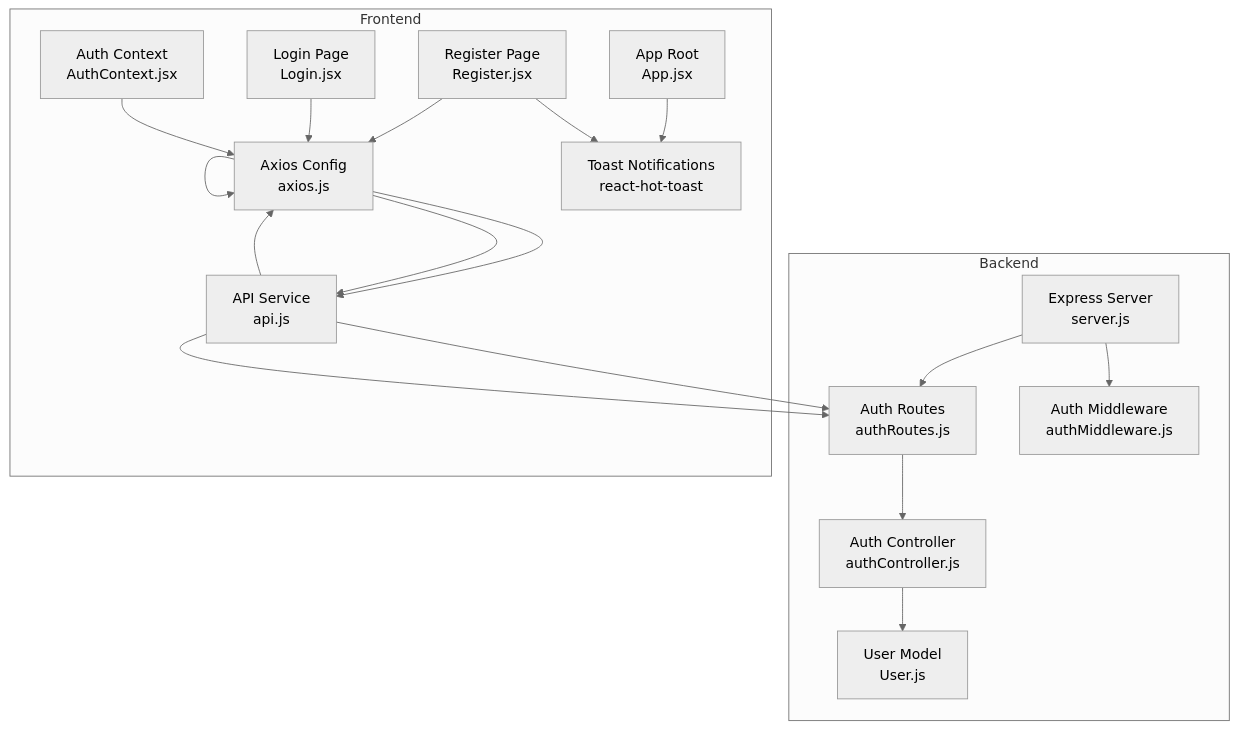
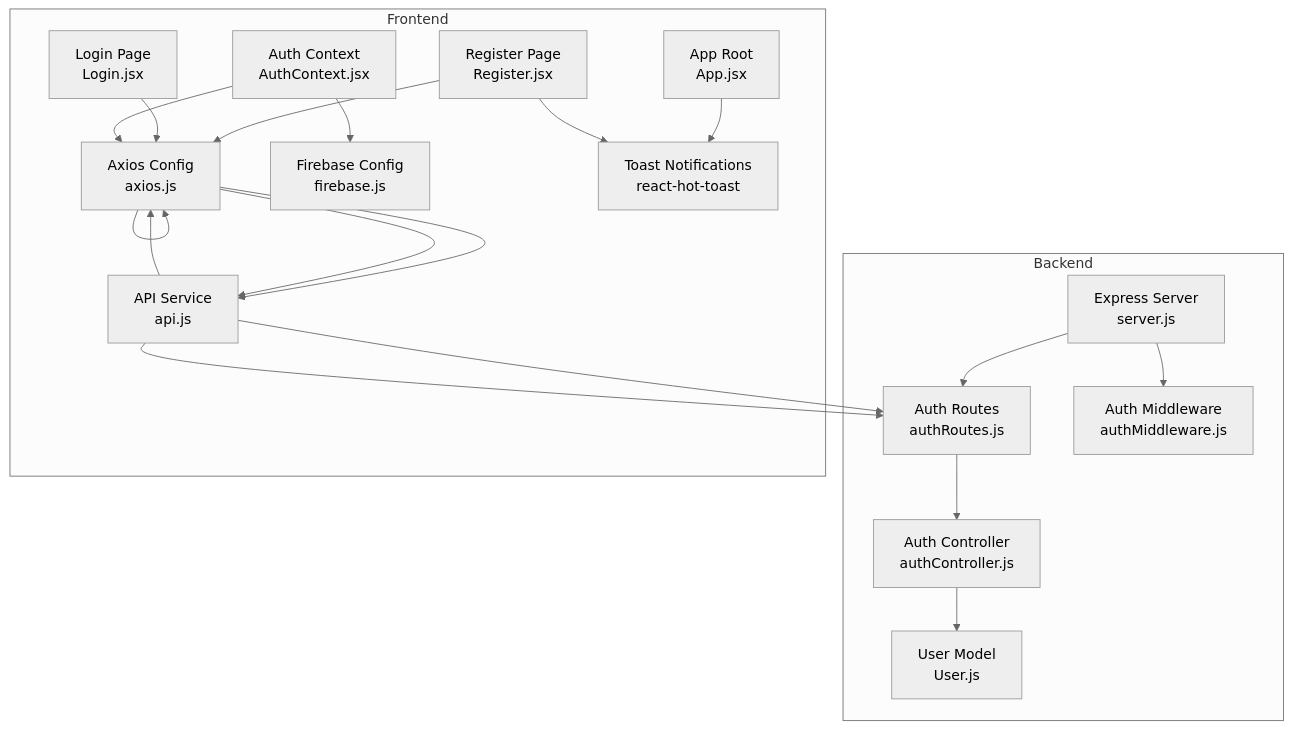
One commit to Pavan-PSPK9032/TrendsandToss changed the first of 11 diagrams in .qoder/repowiki/en/content/Authentication & Authorization/Login & Registration Process.md. Above: the diagram before and after it, drawn with Mermaid (neutral theme). The commit also changed other lines of this file and 5 other files, not shown here.

````diff
--- a/.qoder/repowiki/en/content/Authentication & Authorization/Login & Registration Process.md
+++ b/.qoder/repowiki/en/content/Authentication & Authorization/Login & Registration Process.md
@@ -47,28 +49,30 @@
 ```mermaid
 graph TB
 subgraph "Backend"
 S["Express Server<br/>server.js"]
 R["Auth Routes<br/>authRoutes.js"]
 C["Auth Controller<br/>authController.js"]
 M["User Model<br/>User.js"]
 MW["Auth Middleware<br/>authMiddleware.js"]
 end
 subgraph "Frontend"
 AX["Axios Config<br/>axios.js"]
 SVC["API Service<br/>api.js"]
 REG["Register Page<br/>Register.jsx"]
 LOG["Login Page<br/>Login.jsx"]
 CTX["Auth Context<br/>AuthContext.jsx"]
+FIRE["Firebase Config<br/>firebase.js"]
 APP["App Root<br/>App.jsx"]
 TOAST["Toast Notifications<br/>react-hot-toast"]
 end
 S --> R --> C --> M
 S --> MW
 REG --> AX --> SVC --> R
 LOG --> AX --> SVC --> R
 AX --> AX
 SVC --> AX
 CTX --> AX
+CTX --> FIRE
 APP --> TOAST
 REG --> TOAST
 ```
````
